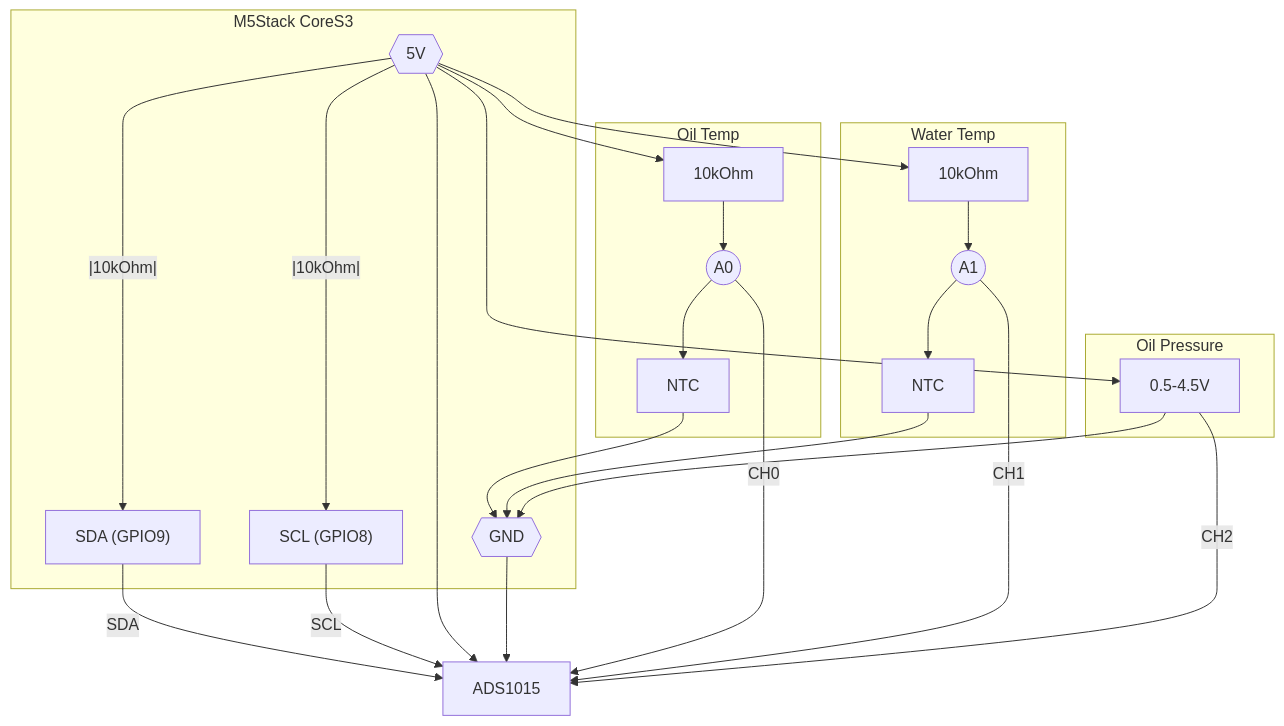
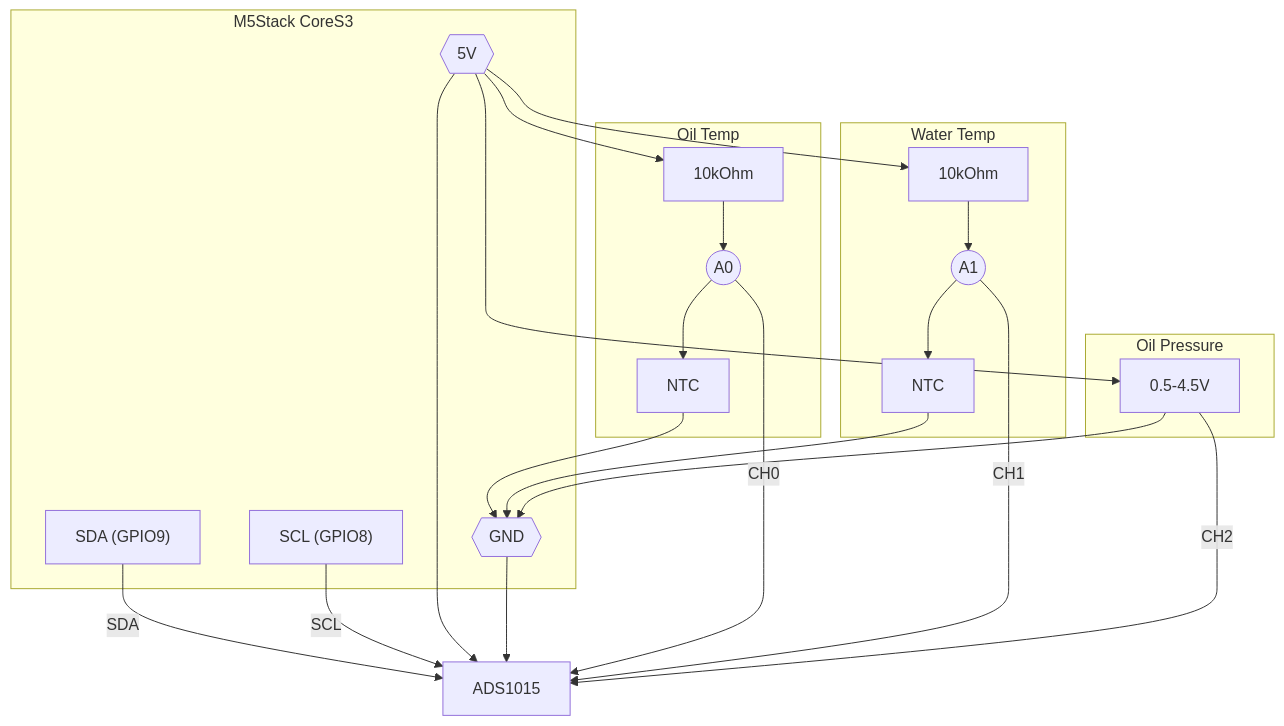
The diagram in README.md (puriso/racing_guage), drawn with Mermaid before and after one commit.

````diff
--- a/README.md
+++ b/README.md
@@ -47,40 +47,38 @@
 ```mermaid
 graph TD
     subgraph "M5Stack CoreS3"
         SDA["SDA (GPIO9)"]
         SCL["SCL (GPIO8)"]
         V5{{5V}}
         GND{{GND}}
     end
 
     ADS[ADS1015]
 
     SDA -- SDA --> ADS
     SCL -- SCL --> ADS
-    V5 --|10kOhm|--> SDA
-    V5 --|10kOhm|--> SCL
     V5 --> ADS
     GND --> ADS
 
     subgraph "Oil Temp"
         R1[10kOhm]
         NTC1[NTC]
         V5 --> R1 --> AN0((A0))
         AN0 --> NTC1 --> GND
     end
     AN0 -- CH0 --> ADS
 
     subgraph "Water Temp"
         R2[10kOhm]
         NTC2[NTC]
         V5 --> R2 --> AN1((A1))
         AN1 --> NTC2 --> GND
     end
     AN1 -- CH1 --> ADS
 
     subgraph "Oil Pressure"
         OilP["0.5-4.5V"]
         V5 --> OilP --> GND
     end
     OilP -- CH2 --> ADS
 ```
````
